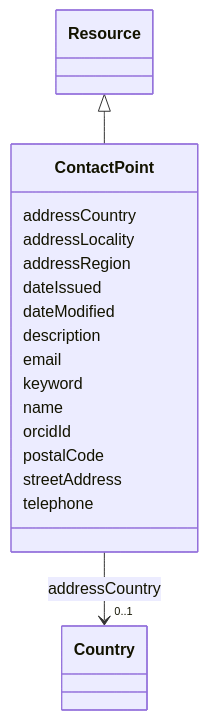
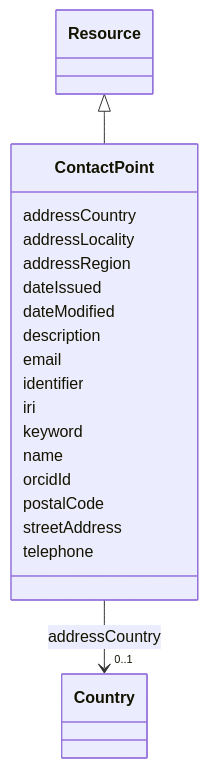
One commit to EVORA-project/evora-ontology changed the diagram in models/docs/ContactPoint.md. Above: the diagram before and after it, drawn with Mermaid. The commit also changed other lines of this file and 391 other files, not shown here.

````diff
--- a/models/docs/ContactPoint.md
+++ b/models/docs/ContactPoint.md
@@ -19,42 +19,46 @@
 ```mermaid
  classDiagram
     class ContactPoint
     click ContactPoint href "../ContactPoint"
       Resource <|-- ContactPoint
         click Resource href "../Resource"
       
       ContactPoint : addressCountry
         
           
     
     
     ContactPoint --> "0..1" Country : addressCountry
     click Country href "../Country"
 
         
       ContactPoint : addressLocality
         
       ContactPoint : addressRegion
         
       ContactPoint : dateIssued
         
       ContactPoint : dateModified
         
       ContactPoint : description
         
       ContactPoint : email
         
+      ContactPoint : identifier
+        
+      ContactPoint : iri
+        
       ContactPoint : keyword
         
       ContactPoint : name
         
       ContactPoint : orcidId
         
       ContactPoint : postalCode
         
       ContactPoint : streetAddress
         
       ContactPoint : telephone
         
       
 ```
````
